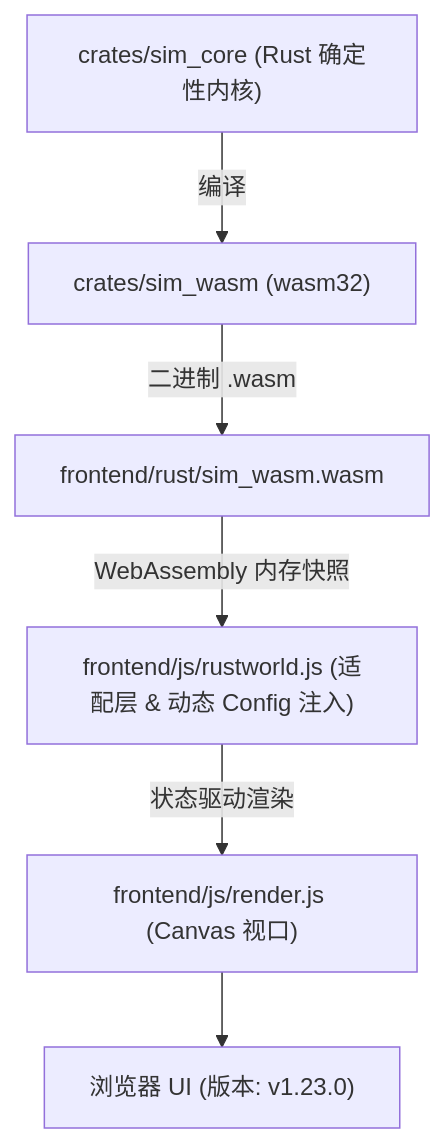
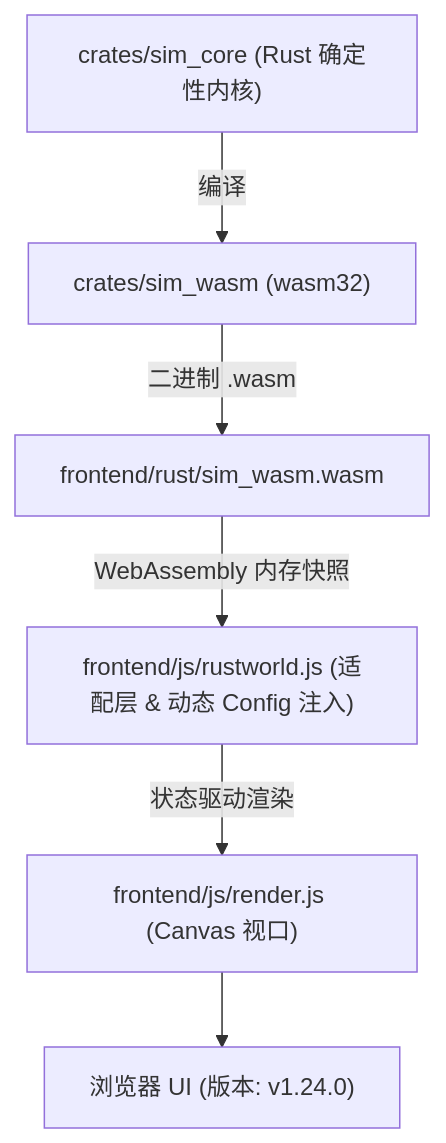
Before and after one commit to g39088902/FlowAndAccord: the diagram in AGENTS.md, drawn with Mermaid. The commit also changed other lines of this file and 8 other files, not shown here.

````diff
--- a/AGENTS.md
+++ b/AGENTS.md
@@ -51,8 +51,8 @@
 ```mermaid
 graph TD
     A["crates/sim_core (Rust 确定性内核)"] -->|编译| B["crates/sim_wasm (wasm32)"]
     B -->|二进制 .wasm| C["frontend/rust/sim_wasm.wasm"]
     C -->|WebAssembly 内存快照| D["frontend/js/rustworld.js (适配层 & 动态 Config 注入)"]
     D -->|状态驱动渲染| E["frontend/js/render.js (Canvas 视口)"]
-    E --> F["浏览器 UI (版本: v1.23.0)"]
+    E --> F["浏览器 UI (版本: v1.24.0)"]
 ```
````
